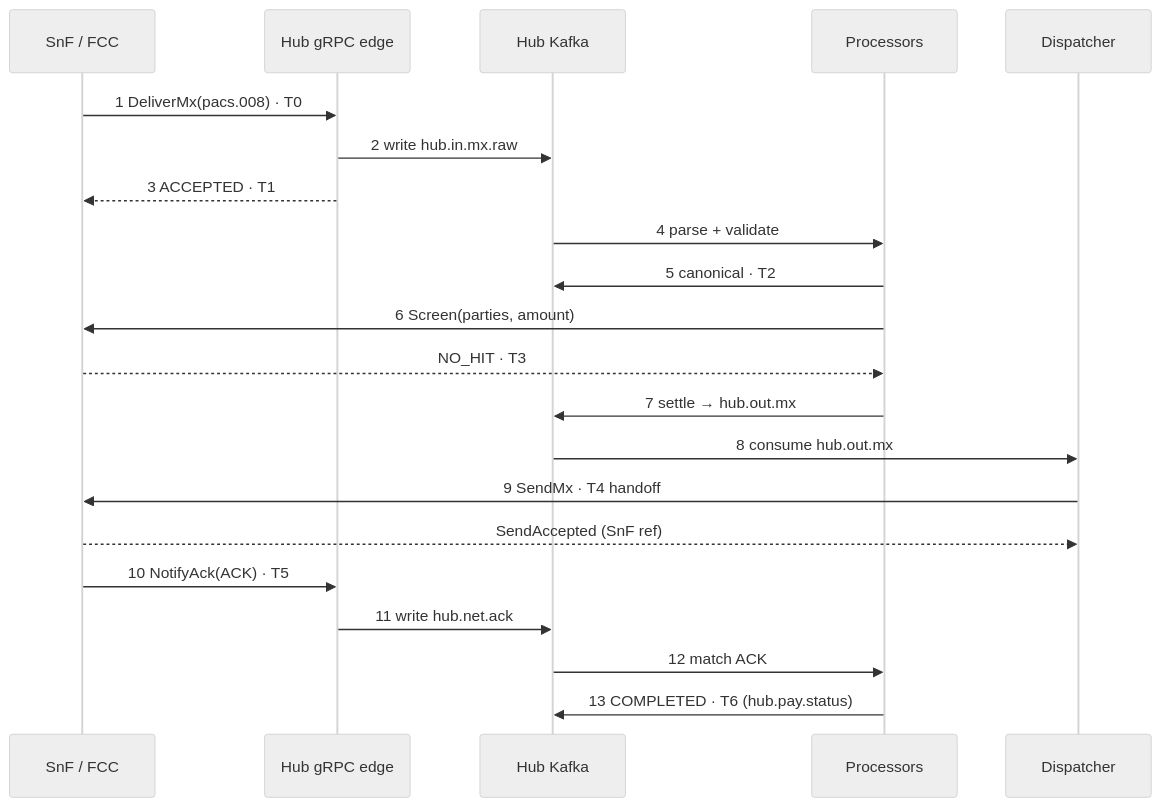
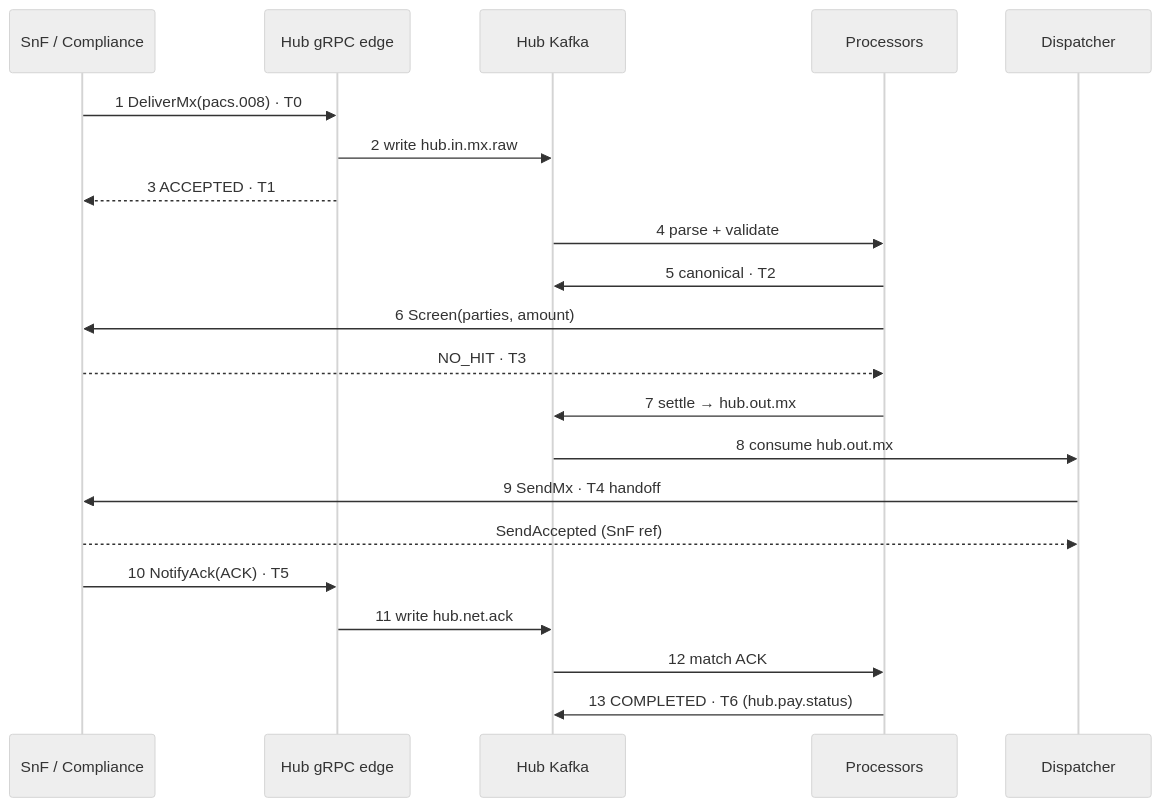
The third of 5 diagrams in docs/platform-design.md (QMultiverse/PerfObservability), drawn with Mermaid (neutral theme) before and after one commit. The commit also changed other lines of this file and 158 other files, not shown here.

````diff
--- a/docs/platform-design.md
+++ b/docs/platform-design.md
@@ -188,23 +188,23 @@
 ```mermaid
 sequenceDiagram
-  participant X as SnF / FCC
+  participant X as SnF / Compliance
   participant E as Hub gRPC edge
   participant K as Hub Kafka
   participant P as Processors
   participant D as Dispatcher
   X->>E: 1 DeliverMx(pacs.008) · T0
   E->>K: 2 write hub.in.mx.raw
   E-->>X: 3 ACCEPTED · T1
   K->>P: 4 parse + validate
   P->>K: 5 canonical · T2
   P->>X: 6 Screen(parties, amount)
   X-->>P: NO_HIT · T3
   P->>K: 7 settle → hub.out.mx
   K->>D: 8 consume hub.out.mx
   D->>X: 9 SendMx · T4 handoff
   X-->>D: SendAccepted (SnF ref)
   X->>E: 10 NotifyAck(ACK) · T5
   E->>K: 11 write hub.net.ack
   K->>P: 12 match ACK
   P->>K: 13 COMPLETED · T6 (hub.pay.status)
 ```
````
